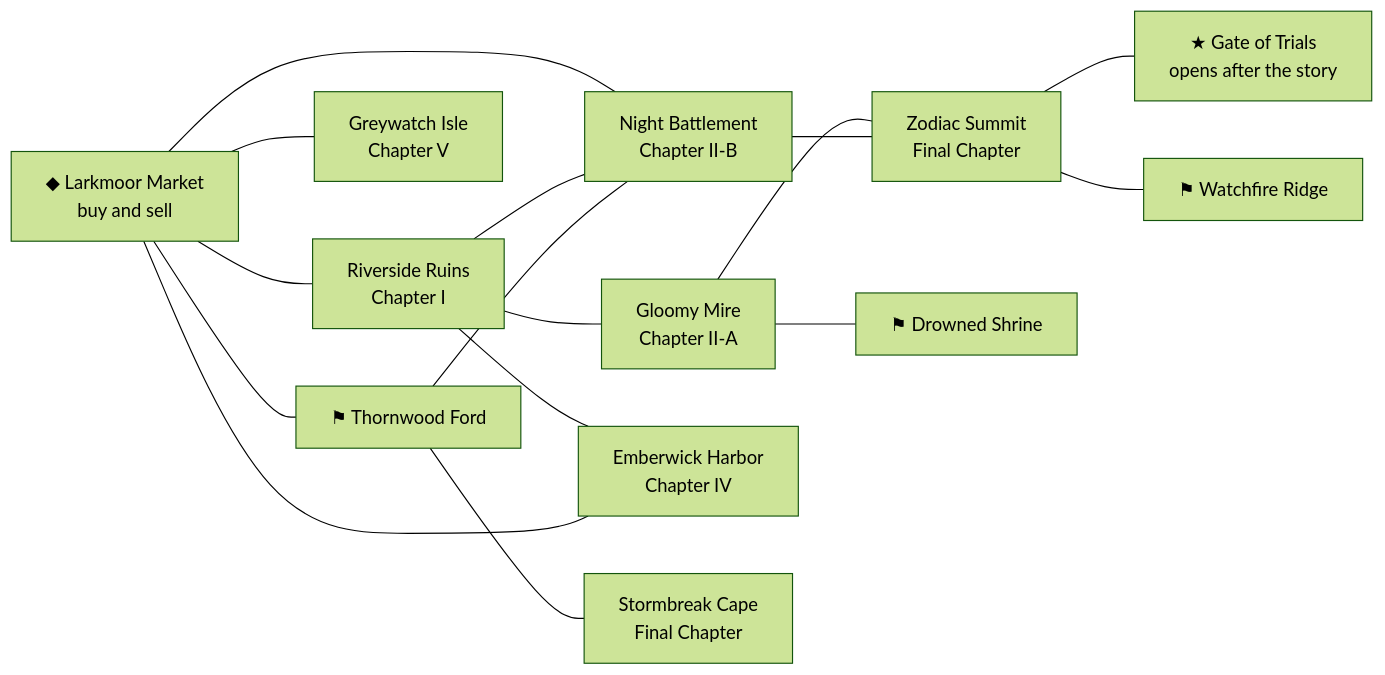
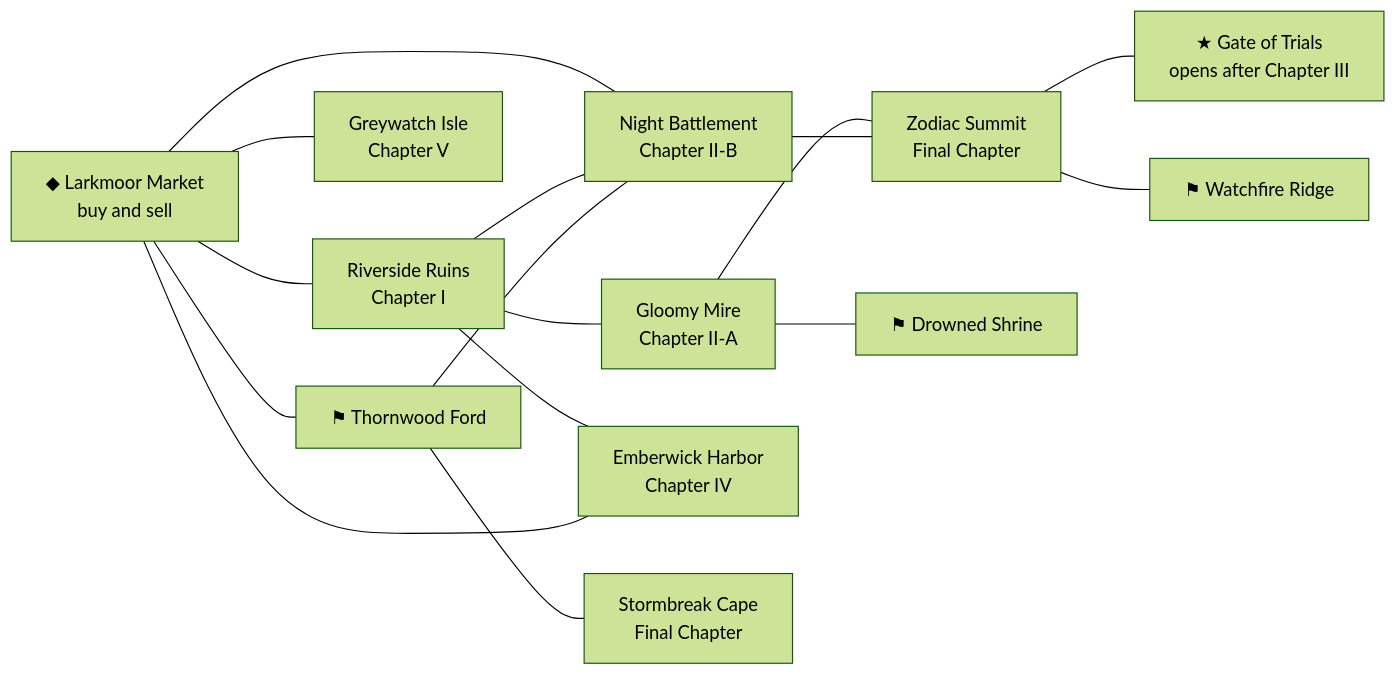
Before and after one commit to CptNope/Chess-RPG-Tactics: the fourth of 5 diagrams in docs/GAMEPLAY_GUIDE.md, drawn with Mermaid (forest theme). The commit also changed other lines of this file and 23 other files, not shown here.

````diff
--- a/docs/GAMEPLAY_GUIDE.md
+++ b/docs/GAMEPLAY_GUIDE.md
@@ -114,17 +114,17 @@
 ```mermaid
 flowchart LR
     M["◆ Larkmoor Market<br/>buy and sell"] --- R["Riverside Ruins<br/>Chapter I"]
     M --- B["Night Battlement<br/>Chapter II-B"]
     R --- G["Gloomy Mire<br/>Chapter II-A"]
     R --- B
     G --- Z["Zodiac Summit<br/>Final Chapter"]
     B --- Z
-    Z --- T["★ Gate of Trials<br/>opens after the story"]
+    Z --- T["★ Gate of Trials<br/>opens after Chapter III"]
     R --- H["Emberwick Harbor<br/>Chapter IV"]
     M --- H
     M --- I["Greywatch Isle<br/>Chapter V"]
     M --- TF["⚑ Thornwood Ford"] --- B
     TF --- CP["Stormbreak Cape<br/>Final Chapter"]
     G --- DS["⚑ Drowned Shrine"]
     Z --- WR["⚑ Watchfire Ridge"]
 ```
````
